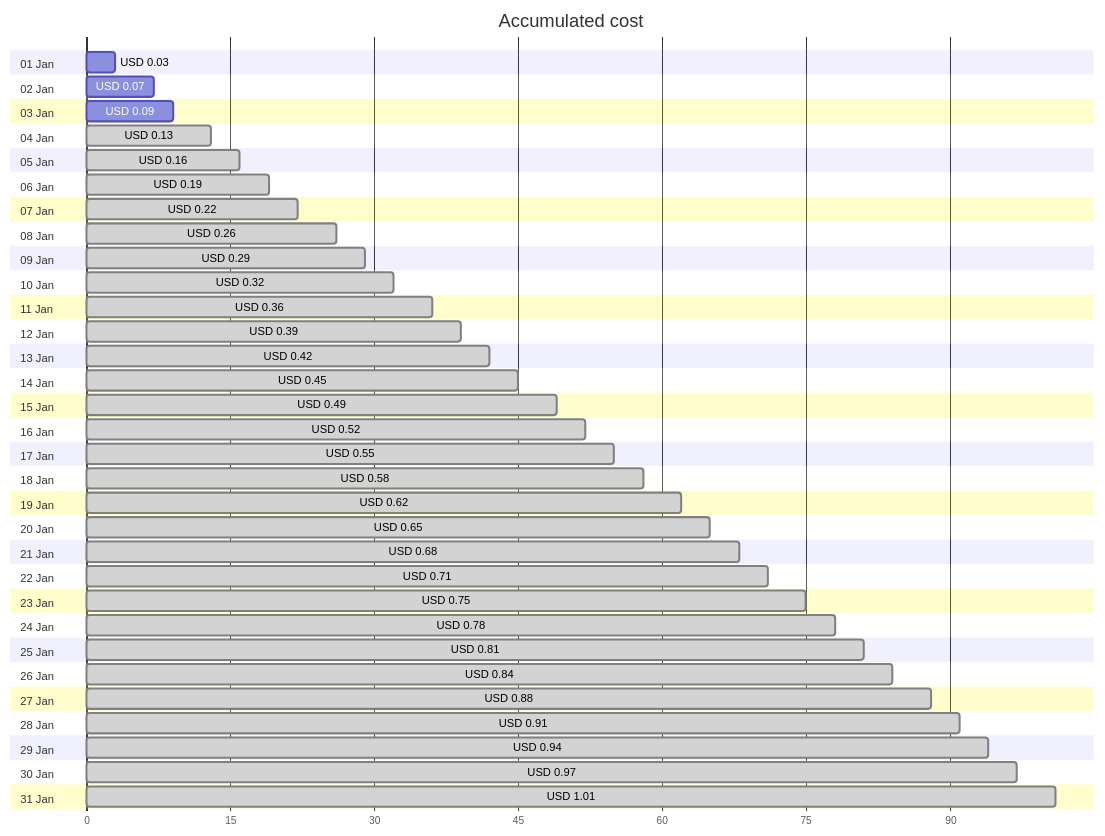
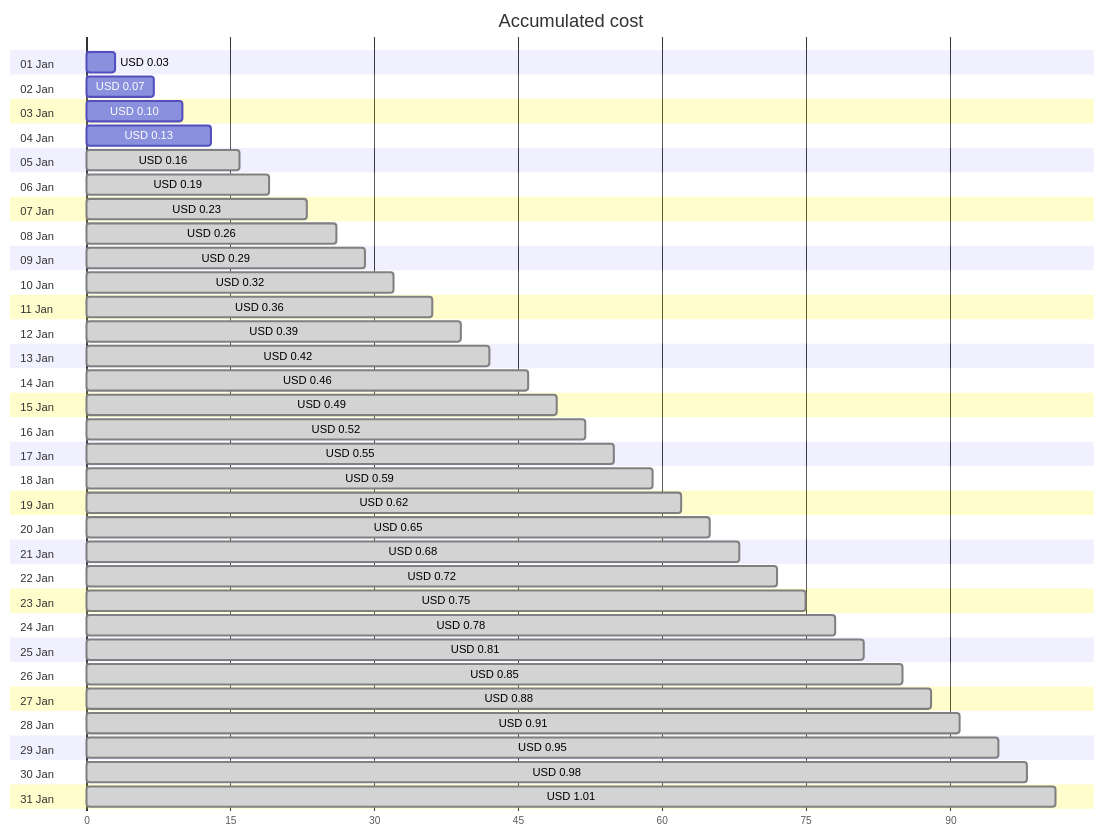
One commit to jpfulton/azure-personal-reports changed the first of 4 diagrams in cost-reports/personal-dns/README.md. Above: the diagram before and after it, drawn with Mermaid. The commit also changed other lines of this file and 2 other files, not shown here.

````diff
--- a/cost-reports/personal-dns/README.md
+++ b/cost-reports/personal-dns/README.md
@@ -20,68 +20,68 @@
 ```mermaid
 gantt
    title Accumulated cost
    dateFormat  X
    axisFormat %s
    section 01 Jan
    USD 0.03 :0, 3
    section 02 Jan
    USD 0.07 :0, 7
    section 03 Jan
-   USD 0.09 :0, 9
+   USD 0.10 :0, 10
    section 04 Jan
-   USD 0.13 : done, 0, 13
+   USD 0.13 :0, 13
    section 05 Jan
    USD 0.16 : done, 0, 16
    section 06 Jan
    USD 0.19 : done, 0, 19
    section 07 Jan
-   USD 0.22 : done, 0, 22
+   USD 0.23 : done, 0, 23
    section 08 Jan
    USD 0.26 : done, 0, 26
    section 09 Jan
    USD 0.29 : done, 0, 29
    section 10 Jan
    USD 0.32 : done, 0, 32
    section 11 Jan
    USD 0.36 : done, 0, 36
    section 12 Jan
    USD 0.39 : done, 0, 39
    section 13 Jan
    USD 0.42 : done, 0, 42
    section 14 Jan
-   USD 0.45 : done, 0, 45
+   USD 0.46 : done, 0, 46
    section 15 Jan
    USD 0.49 : done, 0, 49
    section 16 Jan
    USD 0.52 : done, 0, 52
    section 17 Jan
    USD 0.55 : done, 0, 55
    section 18 Jan
-   USD 0.58 : done, 0, 58
+   USD 0.59 : done, 0, 59
    section 19 Jan
    USD 0.62 : done, 0, 62
    section 20 Jan
    USD 0.65 : done, 0, 65
    section 21 Jan
    USD 0.68 : done, 0, 68
    section 22 Jan
-   USD 0.71 : done, 0, 71
+   USD 0.72 : done, 0, 72
    section 23 Jan
    USD 0.75 : done, 0, 75
    section 24 Jan
    USD 0.78 : done, 0, 78
    section 25 Jan
    USD 0.81 : done, 0, 81
    section 26 Jan
-   USD 0.84 : done, 0, 84
+   USD 0.85 : done, 0, 85
    section 27 Jan
    USD 0.88 : done, 0, 88
    section 28 Jan
    USD 0.91 : done, 0, 91
    section 29 Jan
-   USD 0.94 : done, 0, 94
+   USD 0.95 : done, 0, 95
    section 30 Jan
-   USD 0.97 : done, 0, 97
+   USD 0.98 : done, 0, 98
    section 31 Jan
    USD 1.01 : done, 0, 101
 ```
````
